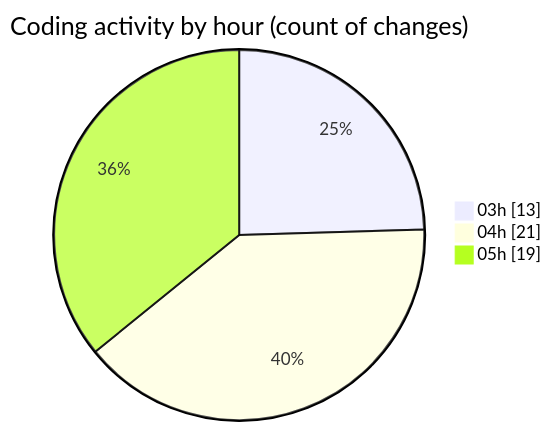
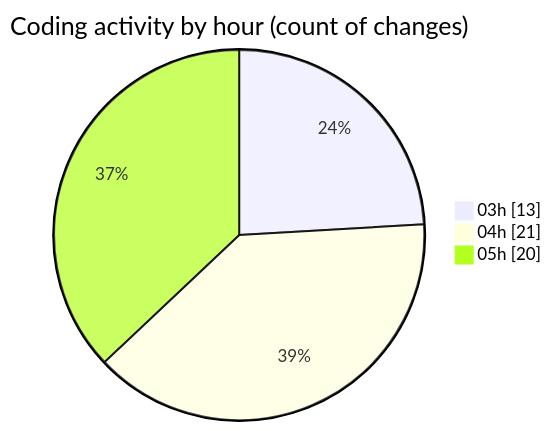
Before and after one commit to shibass792/code-tracking: the second of 2 diagrams in 2026-07-15/shibass-ai/README.md, drawn with Mermaid. The commit also changed other lines of this file and 1 other file, not shown here.

````diff
--- a/2026-07-15/shibass-ai/README.md
+++ b/2026-07-15/shibass-ai/README.md
@@ -41,7 +41,7 @@
 ```mermaid
 pie showData
 title Coding activity by hour (count of changes)
 "03h" : 13
 "04h" : 21
-"05h" : 19
+"05h" : 20
 ```
````
